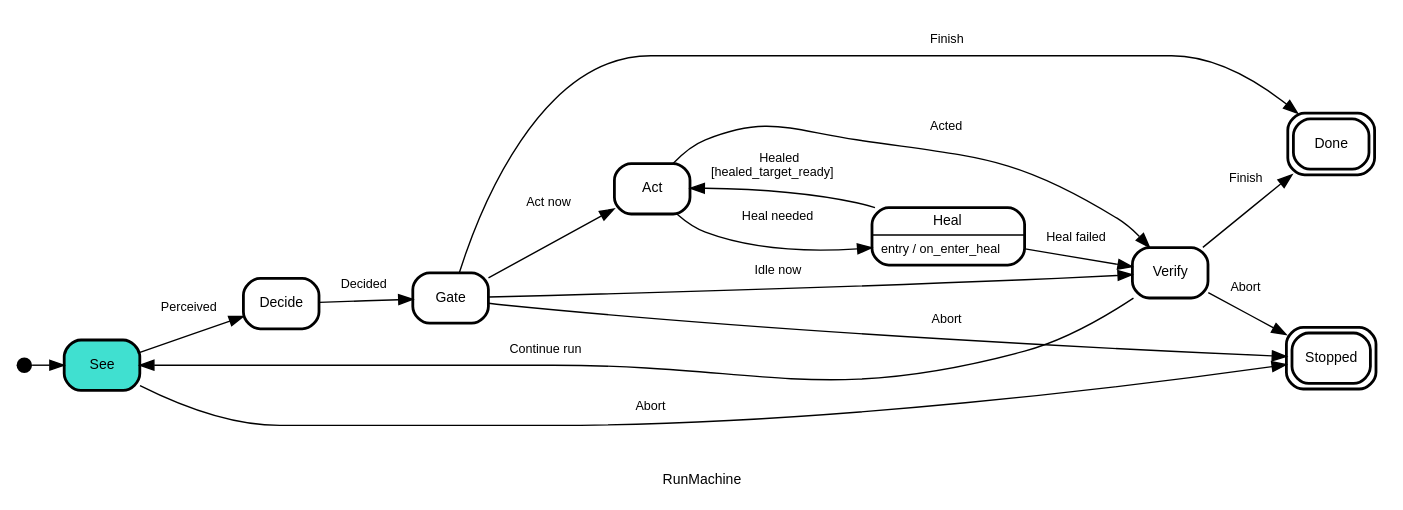
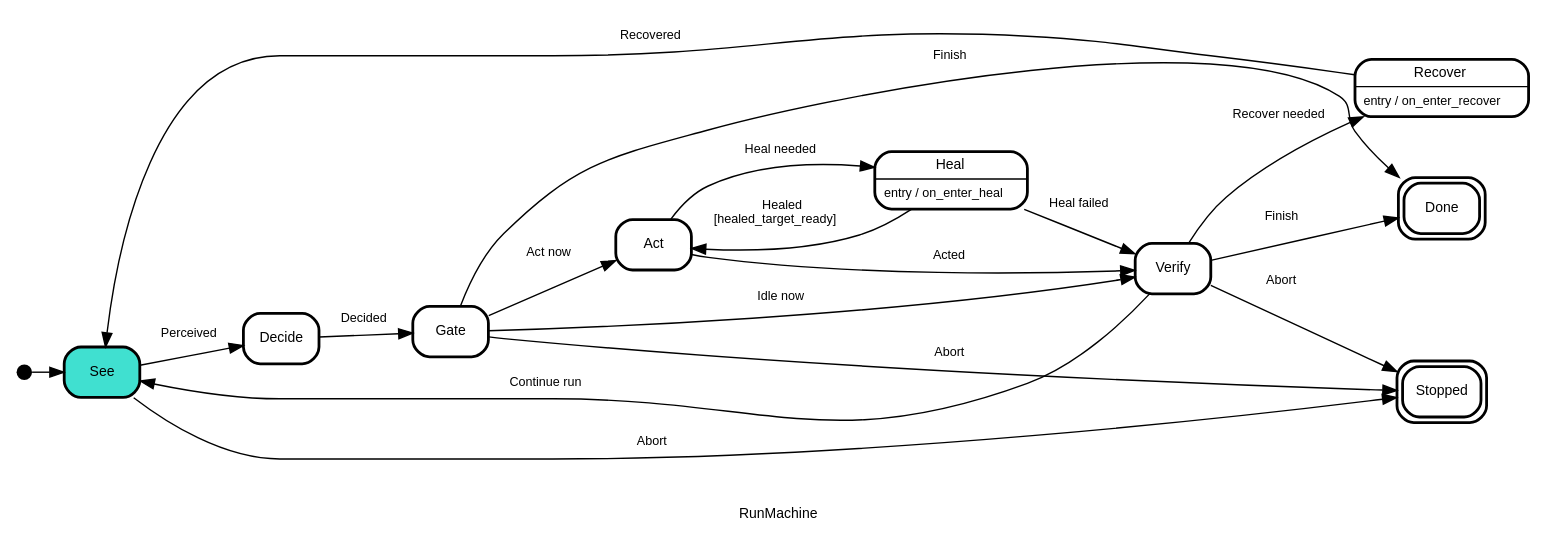
Before and after one commit to PRACE1/open-typesafe-camoufox: the diagram in docs/run_machine.dot, drawn with Graphviz. The commit also changed 15 other files, not shown here.

```diff
--- a/docs/run_machine.dot
+++ b/docs/run_machine.dot
@@ -1,50 +1,53 @@
 digraph RunMachine {
 label=RunMachine;
 rankdir=LR;
 fontname=Helvetica;
 fontsize=10;
 penwidth=2.0;
 splines=true;
 ordering=out;
 compound=true;
 nodesep=0.3;
 ranksep=0.3;
 forcelabels=true;
 node [fontname=Helvetica, fontsize=10, penwidth=2.0];
 edge [fontname=Helvetica, fontsize=9, labeldistance=1.5];
 subgraph __anon___sg {
 label="";
 peripheries=0;
 margin=0;
 __anon__ [label="", shape=circle, style=filled, fillcolor=black, color=black, fixedsize=true, width=0.15, height=0.15, penwidth=0];
 }
 __anon__ -> see [label="", minlen=1, weight=100];
 subgraph __anon__ {
 label="";
 peripheries=0;
 margin=0;
 cluster=true;
 see [label=See, shape=rectangle, style="rounded, filled", fontname=Helvetica, fontsize=10, fillcolor=turquoise, penwidth=2, peripheries=1];
 decide [label=Decide, shape=rectangle, style="rounded, filled", fontname=Helvetica, fontsize=10, fillcolor=white, penwidth=2, peripheries=1];
 gate [label=Gate, shape=rectangle, style="rounded, filled", fontname=Helvetica, fontsize=10, fillcolor=white, penwidth=2, peripheries=1];
 act [label=Act, shape=rectangle, style="rounded, filled", fontname=Helvetica, fontsize=10, fillcolor=white, penwidth=2, peripheries=1];
 verify [label=Verify, shape=rectangle, style="rounded, filled", fontname=Helvetica, fontsize=10, fillcolor=white, penwidth=2, peripheries=1];
 heal [label=<<table border="0" cellborder="0" cellspacing="0" cellpadding="0"><tr><td cellpadding="4"><font point-size="10">Heal</font></td></tr><hr/><tr><td align="left" cellpadding="6"><font point-size="9">entry / on_enter_heal</font></td></tr></table>>, shape=rectangle, style="rounded, filled", fontname=Helvetica, fontsize=10, fillcolor=white, penwidth=2, margin=0, peripheries=1];
+recover [label=<<table border="0" cellborder="0" cellspacing="0" cellpadding="0"><tr><td cellpadding="4"><font point-size="10">Recover</font></td></tr><hr/><tr><td align="left" cellpadding="6"><font point-size="9">entry / on_enter_recover</font></td></tr></table>>, shape=rectangle, style="rounded, filled", fontname=Helvetica, fontsize=10, fillcolor=white, penwidth=2, margin=0, peripheries=1];
 done [label=Done, shape=rectangle, style="rounded, filled", fontname=Helvetica, fontsize=10, fillcolor=white, penwidth=2, peripheries=2];
 stopped [label=Stopped, shape=rectangle, style="rounded, filled", fontname=Helvetica, fontsize=10, fillcolor=white, penwidth=2, peripheries=2];
 }
 see -> decide [label=<<table border="0" cellborder="0" cellspacing="0" cellpadding="0"><tr><td cellpadding="4"><font point-size="9">Perceived</font></td></tr><tr><td cellpadding="1"></td></tr></table>>, minlen=1];
 see -> stopped [label=<<table border="0" cellborder="0" cellspacing="0" cellpadding="0"><tr><td cellpadding="4"><font point-size="9">Abort</font></td></tr><tr><td cellpadding="1"></td></tr></table>>, minlen=1];
 decide -> gate [label=<<table border="0" cellborder="0" cellspacing="0" cellpadding="0"><tr><td cellpadding="4"><font point-size="9">Decided</font></td></tr><tr><td cellpadding="1"></td></tr></table>>, minlen=1];
 gate -> act [label=<<table border="0" cellborder="0" cellspacing="0" cellpadding="0"><tr><td cellpadding="4"><font point-size="9">Act now</font></td></tr><tr><td cellpadding="1"></td></tr></table>>, minlen=1];
 gate -> verify [label=<<table border="0" cellborder="0" cellspacing="0" cellpadding="0"><tr><td cellpadding="4"><font point-size="9">Idle now</font></td></tr><tr><td cellpadding="1"></td></tr></table>>, minlen=1];
 gate -> done [label=<<table border="0" cellborder="0" cellspacing="0" cellpadding="0"><tr><td cellpadding="4"><font point-size="9">Finish</font></td></tr><tr><td cellpadding="1"></td></tr></table>>, minlen=1];
 gate -> stopped [label=<<table border="0" cellborder="0" cellspacing="0" cellpadding="0"><tr><td cellpadding="4"><font point-size="9">Abort</font></td></tr><tr><td cellpadding="1"></td></tr></table>>, minlen=1];
 act -> verify [label=<<table border="0" cellborder="0" cellspacing="0" cellpadding="0"><tr><td cellpadding="4"><font point-size="9">Acted</font></td></tr><tr><td cellpadding="1"></td></tr></table>>, minlen=1];
 act -> heal [label=<<table border="0" cellborder="0" cellspacing="0" cellpadding="0"><tr><td cellpadding="4"><font point-size="9">Heal needed</font></td></tr><tr><td cellpadding="1"></td></tr></table>>, minlen=1];
 verify -> done [label=<<table border="0" cellborder="0" cellspacing="0" cellpadding="0"><tr><td cellpadding="4"><font point-size="9">Finish</font></td></tr><tr><td cellpadding="1"></td></tr></table>>, minlen=1];
 verify -> stopped [label=<<table border="0" cellborder="0" cellspacing="0" cellpadding="0"><tr><td cellpadding="4"><font point-size="9">Abort</font></td></tr><tr><td cellpadding="1"></td></tr></table>>, minlen=1];
+verify -> recover [label=<<table border="0" cellborder="0" cellspacing="0" cellpadding="0"><tr><td cellpadding="4"><font point-size="9">Recover needed</font></td></tr><tr><td cellpadding="1"></td></tr></table>>, minlen=1];
 verify -> see [label=<<table border="0" cellborder="0" cellspacing="0" cellpadding="0"><tr><td cellpadding="4"><font point-size="9">Continue run</font></td></tr><tr><td cellpadding="1"></td></tr></table>>, minlen=1];
 heal -> act [label=<<table border="0" cellborder="0" cellspacing="0" cellpadding="0"><tr><td cellpadding="4"><font point-size="9">Healed<br/>[healed_target_ready]</font></td></tr><tr><td cellpadding="1"></td></tr></table>>, minlen=1];
 heal -> verify [label=<<table border="0" cellborder="0" cellspacing="0" cellpadding="0"><tr><td cellpadding="4"><font point-size="9">Heal failed</font></td></tr><tr><td cellpadding="1"></td></tr></table>>, minlen=1];
+recover -> see [label=<<table border="0" cellborder="0" cellspacing="0" cellpadding="0"><tr><td cellpadding="4"><font point-size="9">Recovered</font></td></tr><tr><td cellpadding="1"></td></tr></table>>, minlen=1];
 }
```
